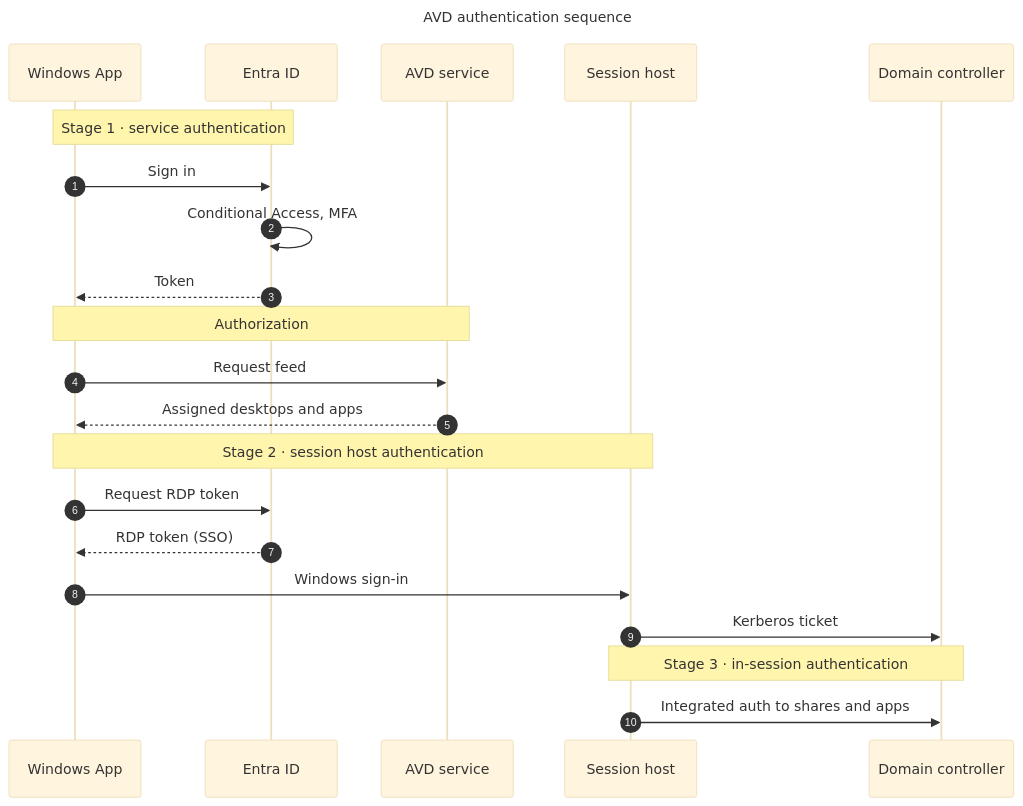
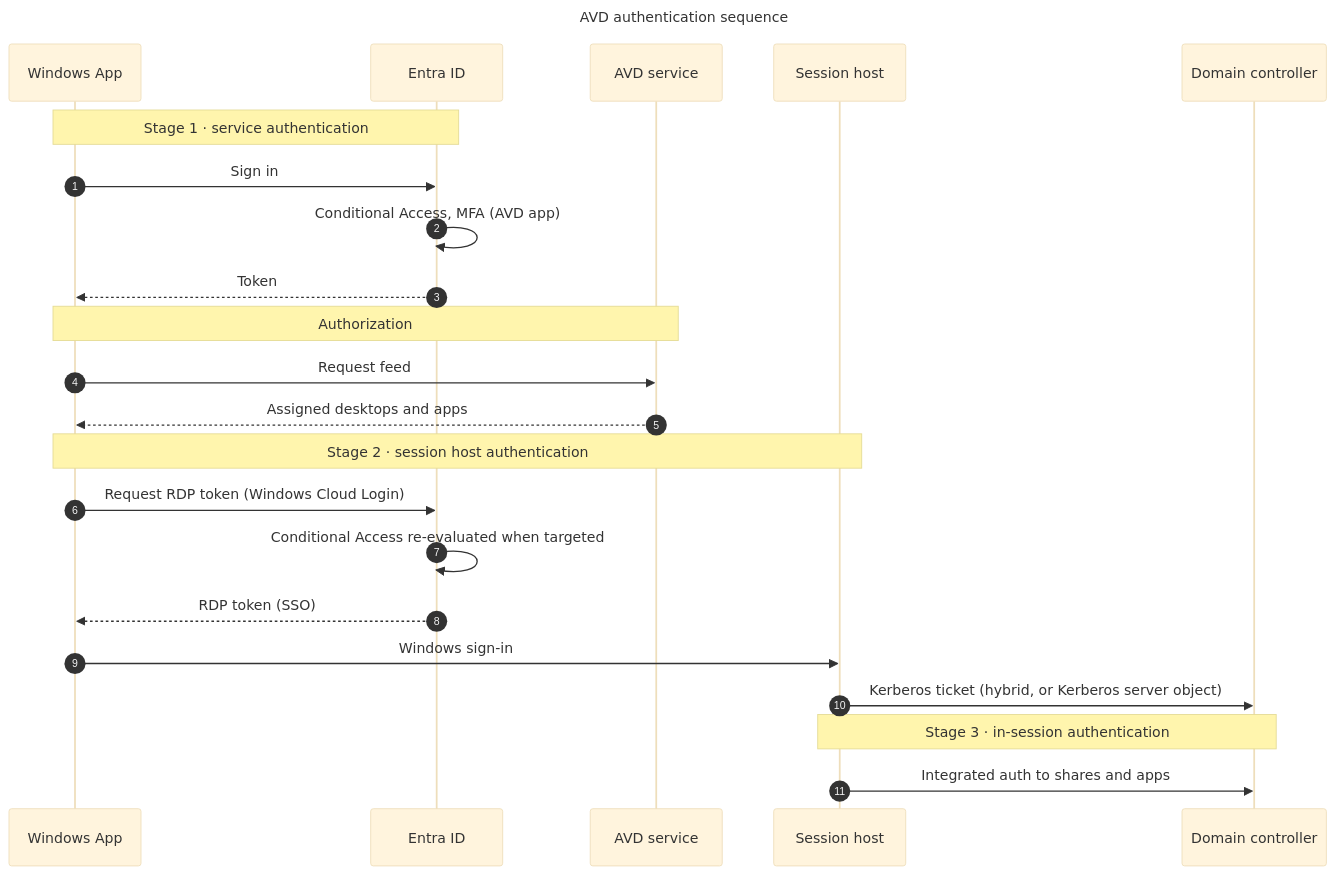
The diagram in diagrams/ch08-authentication-sequence.mermaid (AddySidd27/azure-virtual-desktop-architect), drawn with Mermaid (base theme) before and after one commit. The commit also changed 31 other files, not shown here.

First line of the commit message:
Validate Ch1-4 assets: redraw ch01, fix ch02/08/09/10 and lab03/04 diagrams, sync stale mermaid copies, correct Labs 1-5 and Terraform comments, add asset matrix

```diff
--- a/diagrams/ch08-authentication-sequence.mermaid
+++ b/diagrams/ch08-authentication-sequence.mermaid
@@ -1,28 +1,29 @@
 ---
 title: AVD authentication sequence
 ---
 sequenceDiagram
     autonumber
     participant U as Windows App
     participant E as Entra ID
     participant S as AVD service
     participant H as Session host
     participant K as Domain controller
 
     Note over U,E: Stage 1 · service authentication
     U->>E: Sign in
-    E->>E: Conditional Access, MFA
+    E->>E: Conditional Access, MFA (AVD app)
     E-->>U: Token
 
     Note over U,S: Authorization
     U->>S: Request feed
     S-->>U: Assigned desktops and apps
 
     Note over U,H: Stage 2 · session host authentication
-    U->>E: Request RDP token
+    U->>E: Request RDP token (Windows Cloud Login)
+    E->>E: Conditional Access re-evaluated when targeted
     E-->>U: RDP token (SSO)
     U->>H: Windows sign-in
-    H->>K: Kerberos ticket
+    H->>K: Kerberos ticket (hybrid, or Kerberos server object)
 
     Note over H,K: Stage 3 · in-session authentication
     H->>K: Integrated auth to shares and apps
```
